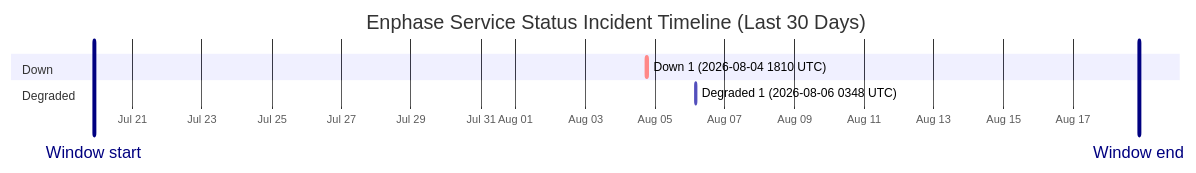
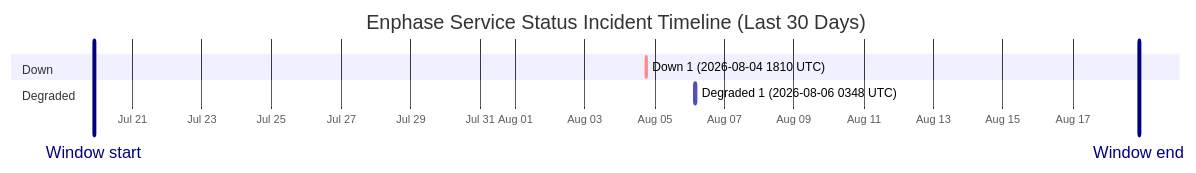
One commit to barneyonline/ha-enphase-energy changed the diagram in wiki/Service-Status-History.md. Above: the diagram before and after it, drawn with Mermaid. The commit also changed other lines of this file and 3 other files, not shown here.

````diff
--- a/wiki/Service-Status-History.md
+++ b/wiki/Service-Status-History.md
@@ -14,12 +14,12 @@
 ```mermaid
 gantt
     title Enphase Service Status Incident Timeline (Last 30 Days)
     dateFormat  YYYY-MM-DDTHH:mm:ss
     axisFormat  %b %d
-    Window start :vert, window-start, 2026-07-19T21:21:37, 0ms
-    Window end :vert, window-end, 2026-08-18T21:21:37, 0ms
+    Window start :vert, window-start, 2026-07-19T21:47:20, 0ms
+    Window end :vert, window-end, 2026-08-18T21:47:20, 0ms
     section Down
     Down 1 (2026-08-04 1810 UTC) :crit, down-1, 2026-08-04T18:10:46, 60m
     section Degraded
     Degraded 1 (2026-08-06 0348 UTC) :active, degraded-1, 2026-08-06T03:48:14, 60m
 ```
````
